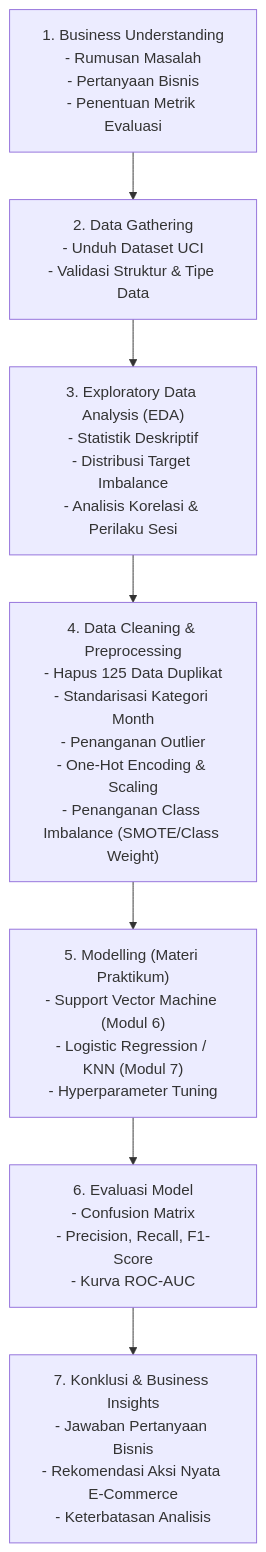
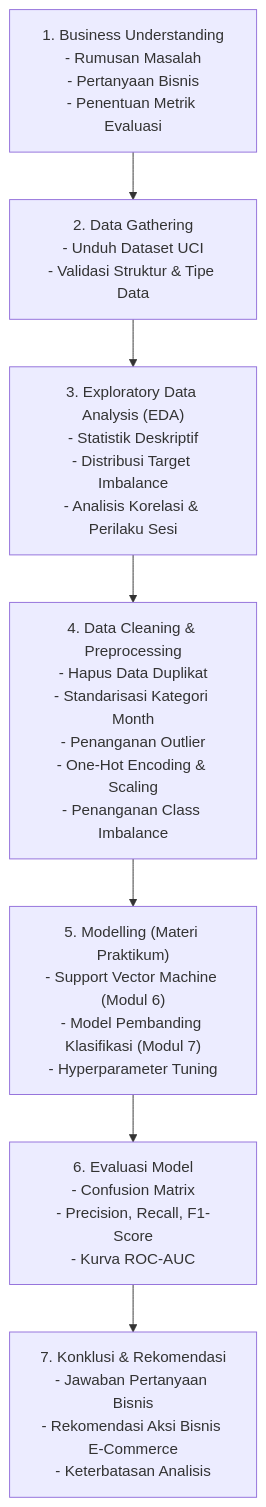
The diagram in README.md (oktavianprstyd/MauArgonAtauAstra), drawn with Mermaid before and after one commit. The commit also changed other lines of this file and 2 other files, not shown here.

````diff
--- a/README.md
+++ b/README.md
@@ -109,9 +102,9 @@
 ```mermaid
 flowchart TD
     A["1. Business Understanding\n- Rumusan Masalah\n- Pertanyaan Bisnis\n- Penentuan Metrik Evaluasi"] --> B["2. Data Gathering\n- Unduh Dataset UCI\n- Validasi Struktur & Tipe Data"]
     B --> C["3. Exploratory Data Analysis (EDA)\n- Statistik Deskriptif\n- Distribusi Target Imbalance\n- Analisis Korelasi & Perilaku Sesi"]
-    C --> D["4. Data Cleaning & Preprocessing\n- Hapus 125 Data Duplikat\n- Standarisasi Kategori Month\n- Penanganan Outlier\n- One-Hot Encoding & Scaling\n- Penanganan Class Imbalance (SMOTE/Class Weight)"]
-    D --> E["5. Modelling (Materi Praktikum)\n- Support Vector Machine (Modul 6)\n- Logistic Regression / KNN (Modul 7)\n- Hyperparameter Tuning"]
+    C --> D["4. Data Cleaning & Preprocessing\n- Hapus Data Duplikat\n- Standarisasi Kategori Month\n- Penanganan Outlier\n- One-Hot Encoding & Scaling\n- Penanganan Class Imbalance"]
+    D --> E["5. Modelling (Materi Praktikum)\n- Support Vector Machine (Modul 6)\n- Model Pembanding Klasifikasi (Modul 7)\n- Hyperparameter Tuning"]
     E --> F["6. Evaluasi Model\n- Confusion Matrix\n- Precision, Recall, F1-Score\n- Kurva ROC-AUC"]
-    F --> G["7. Konklusi & Business Insights\n- Jawaban Pertanyaan Bisnis\n- Rekomendasi Aksi Nyata E-Commerce\n- Keterbatasan Analisis"]
+    F --> G["7. Konklusi & Rekomendasi\n- Jawaban Pertanyaan Bisnis\n- Rekomendasi Aksi Bisnis E-Commerce\n- Keterbatasan Analisis"]
 ```
````
